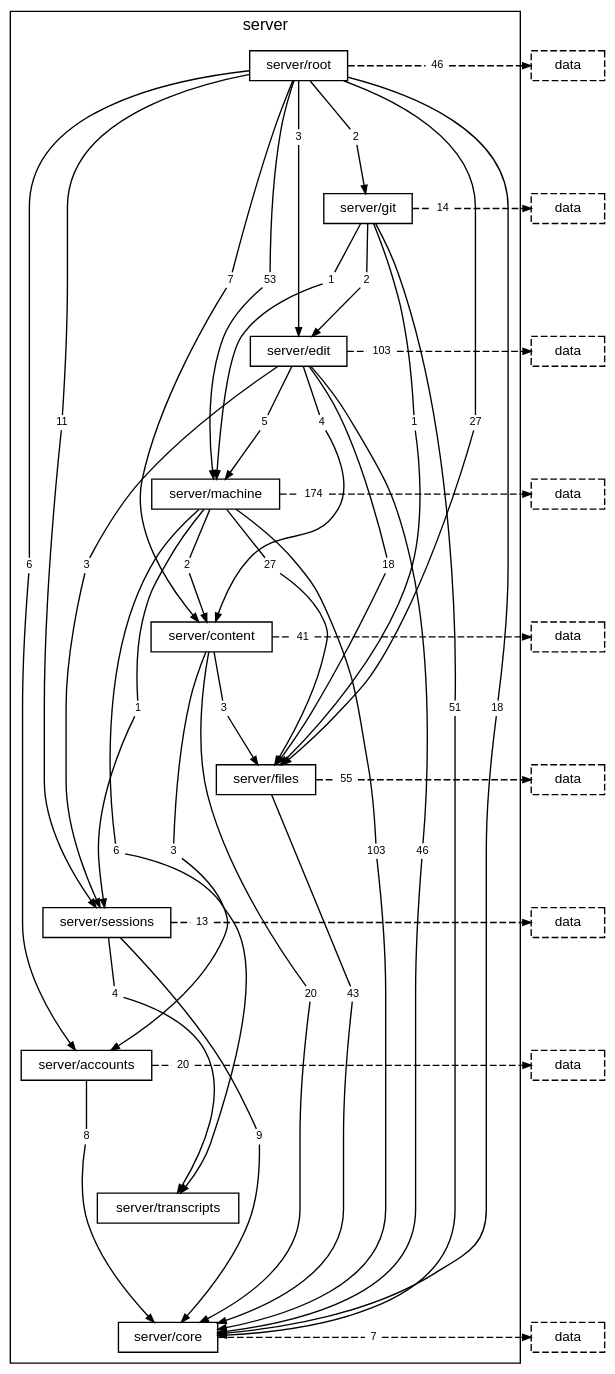
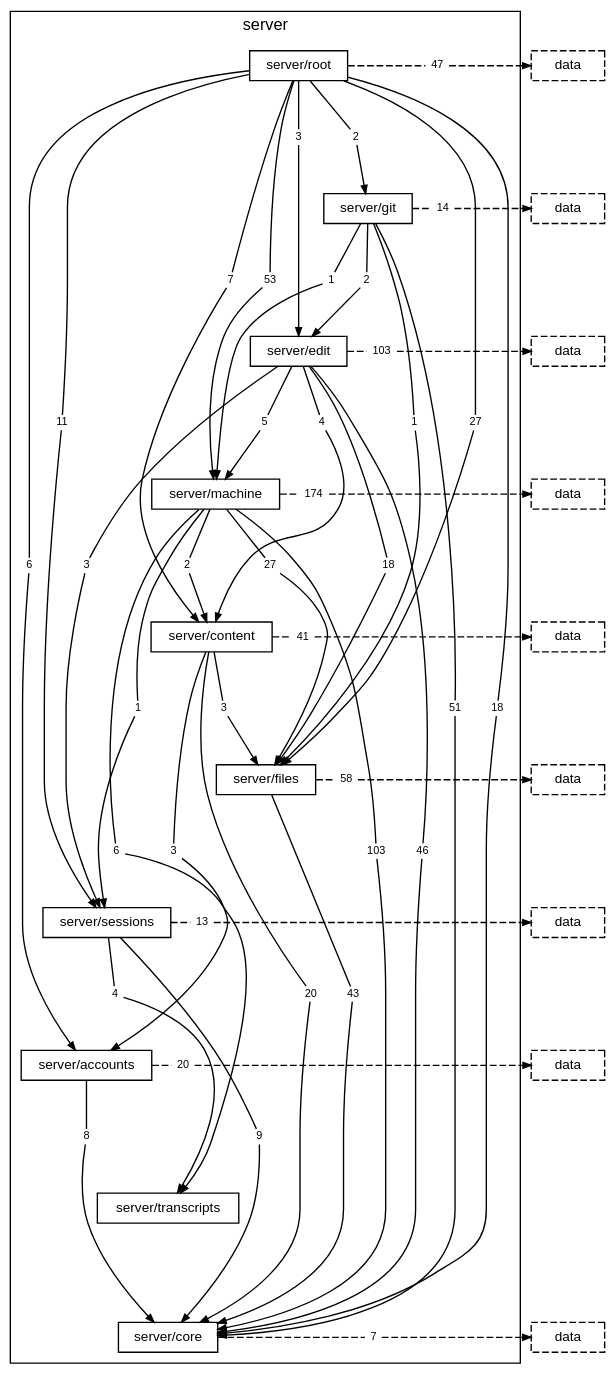
The diagram in docs/diagrams/layer-server.dot (TheAxeC/oculus), drawn with Graphviz before and after one commit. The commit also changed 106 other files, not shown here.

```diff
--- a/docs/diagrams/layer-server.dot
+++ b/docs/diagrams/layer-server.dot
@@ -22,7 +22,7 @@
         "folder server/root to folder server/git" [label="2", shape=box, color="transparent", fontsize=8, width=0, height=0, margin="0.04,0.02"];
         "folder server/root to folder server/machine" [label="53", shape=box, color="transparent", fontsize=8, width=0, height=0, margin="0.04,0.02"];
         "folder server/root to folder server/sessions" [label="11", shape=box, color="transparent", fontsize=8, width=0, height=0, margin="0.04,0.02"];
-        "folder server/root to layer data" [label="46", shape=box, color="transparent", fontsize=8, width=0, height=0, margin="0.04,0.02"];
+        "folder server/root to layer data" [label="47", shape=box, color="transparent", fontsize=8, width=0, height=0, margin="0.04,0.02"];
         "folder server/git to folder server/core" [label="51", shape=box, color="transparent", fontsize=8, width=0, height=0, margin="0.04,0.02"];
         "folder server/git to folder server/edit" [label="2", shape=box, color="transparent", fontsize=8, width=0, height=0, margin="0.04,0.02"];
         "folder server/git to folder server/files" [label="1", shape=box, color="transparent", fontsize=8, width=0, height=0, margin="0.04,0.02"];
@@ -45,7 +45,7 @@
         "folder server/content to folder server/files" [label="3", shape=box, color="transparent", fontsize=8, width=0, height=0, margin="0.04,0.02"];
         "folder server/content to layer data" [label="41", shape=box, color="transparent", fontsize=8, width=0, height=0, margin="0.04,0.02"];
         "folder server/files to folder server/core" [label="43", shape=box, color="transparent", fontsize=8, width=0, height=0, margin="0.04,0.02"];
-        "folder server/files to layer data" [label="55", shape=box, color="transparent", fontsize=8, width=0, height=0, margin="0.04,0.02"];
+        "folder server/files to layer data" [label="58", shape=box, color="transparent", fontsize=8, width=0, height=0, margin="0.04,0.02"];
         "folder server/sessions to folder server/core" [label="9", shape=box, color="transparent", fontsize=8, width=0, height=0, margin="0.04,0.02"];
         "folder server/sessions to folder server/transcripts" [label="4", shape=box, color="transparent", fontsize=8, width=0, height=0, margin="0.04,0.02"];
         "folder server/sessions to layer data" [label="13", shape=box, color="transparent", fontsize=8, width=0, height=0, margin="0.04,0.02"];
```
